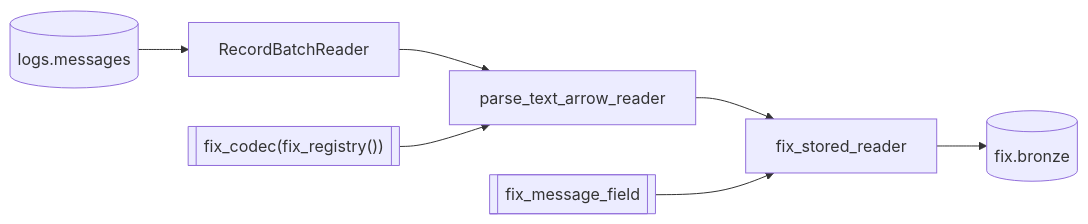
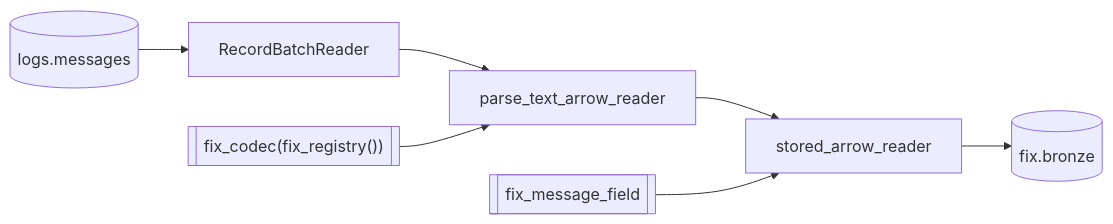
The diagram in docs/pipeline/tasks/parse-fix-bronze.md (Platob/yggfin), drawn with Mermaid before and after one commit. The commit also changed other lines of this file and 38 other files, not shown here.

````diff
--- a/docs/pipeline/tasks/parse-fix-bronze.md
+++ b/docs/pipeline/tasks/parse-fix-bronze.md
@@ -80,9 +80,9 @@
 ```mermaid
 flowchart LR
     M[("logs.messages")] --> R["RecordBatchReader"]
     R --> P["parse_text_arrow_reader"]
     D[["fix_codec(fix_registry())"]] --> P
-    P --> A["fix_stored_reader"]
+    P --> A["stored_arrow_reader"]
     N[["fix_message_field"]] --> A
     A --> F[("fix.bronze")]
 ```
````
